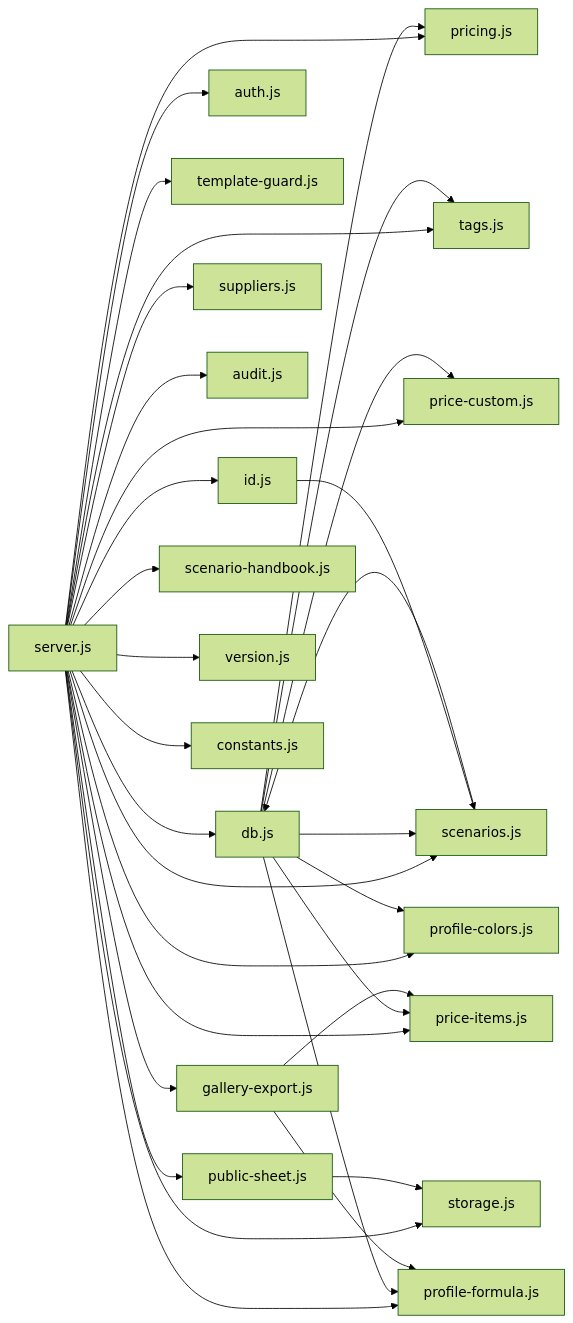
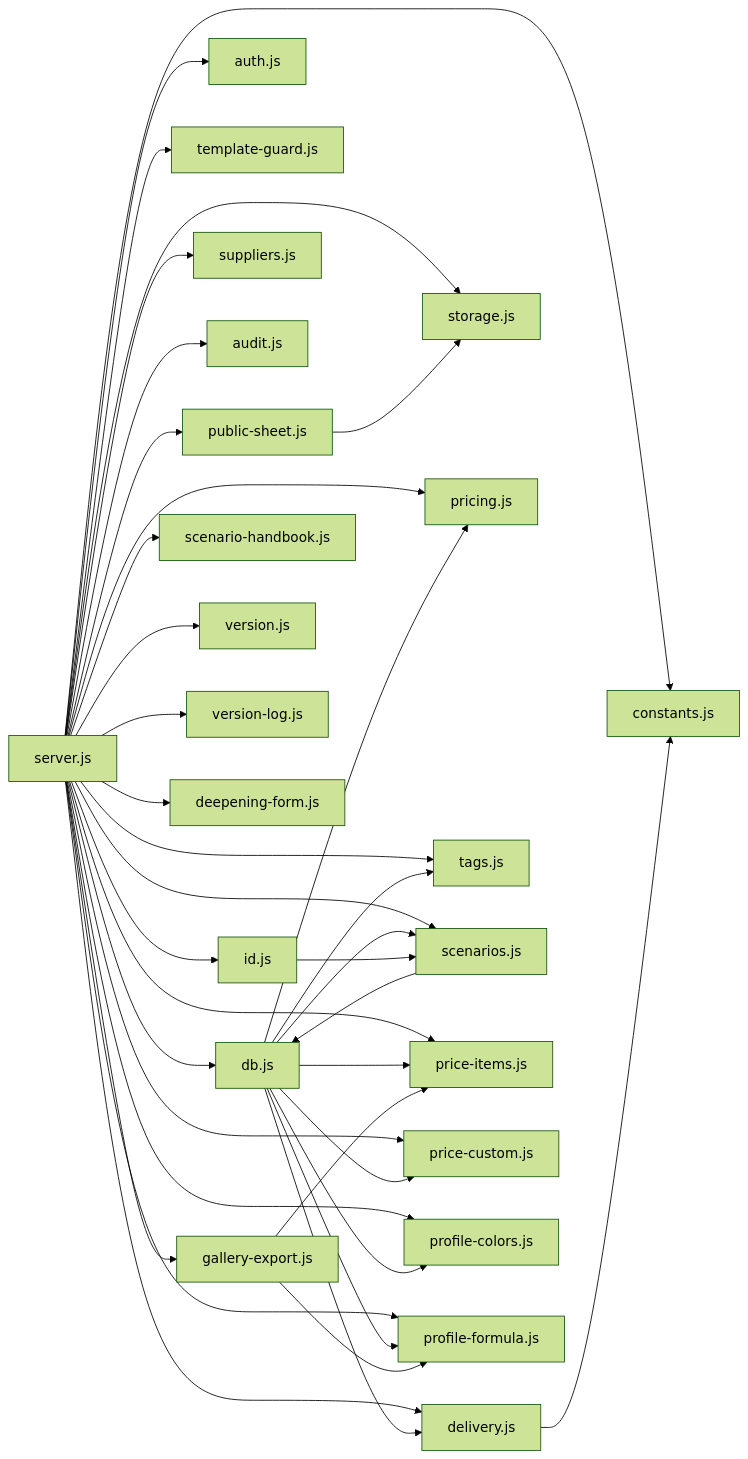
The fifth of 5 diagrams in architecture.md (raintea223-art/Parti-MR2525), drawn with Mermaid (forest theme) before and after one commit. The commit also changed other lines of this file and 22 other files, not shown here.

````diff
--- a/architecture.md
+++ b/architecture.md
@@ -607,36 +669,41 @@
 ```mermaid
 flowchart LR
   server.js --> db.js
+  server.js --> delivery.js
   server.js --> auth.js
   server.js --> template-guard.js
   server.js --> id.js
   server.js --> storage.js
   server.js --> pricing.js
   server.js --> tags.js
   server.js --> scenarios.js
   server.js --> price-items.js
   server.js --> price-custom.js
   server.js --> suppliers.js
   server.js --> profile-colors.js
   server.js --> profile-formula.js
   server.js --> audit.js
   server.js --> public-sheet.js
   server.js --> gallery-export.js
   server.js --> scenario-handbook.js
   server.js --> version.js
+  server.js --> version-log.js
+  server.js --> deepening-form.js
   server.js --> constants.js
+  delivery.js --> constants.js
+  db.js --> delivery.js
 
   db.js --> pricing.js
   db.js --> price-items.js
   db.js --> price-custom.js
   db.js --> tags.js
   db.js --> profile-formula.js
   db.js --> profile-colors.js
   db.js --> scenarios.js
 
   id.js --> scenarios.js
   scenarios.js --> db.js
   public-sheet.js --> storage.js
   gallery-export.js --> price-items.js
   gallery-export.js --> profile-formula.js
 ```
````
